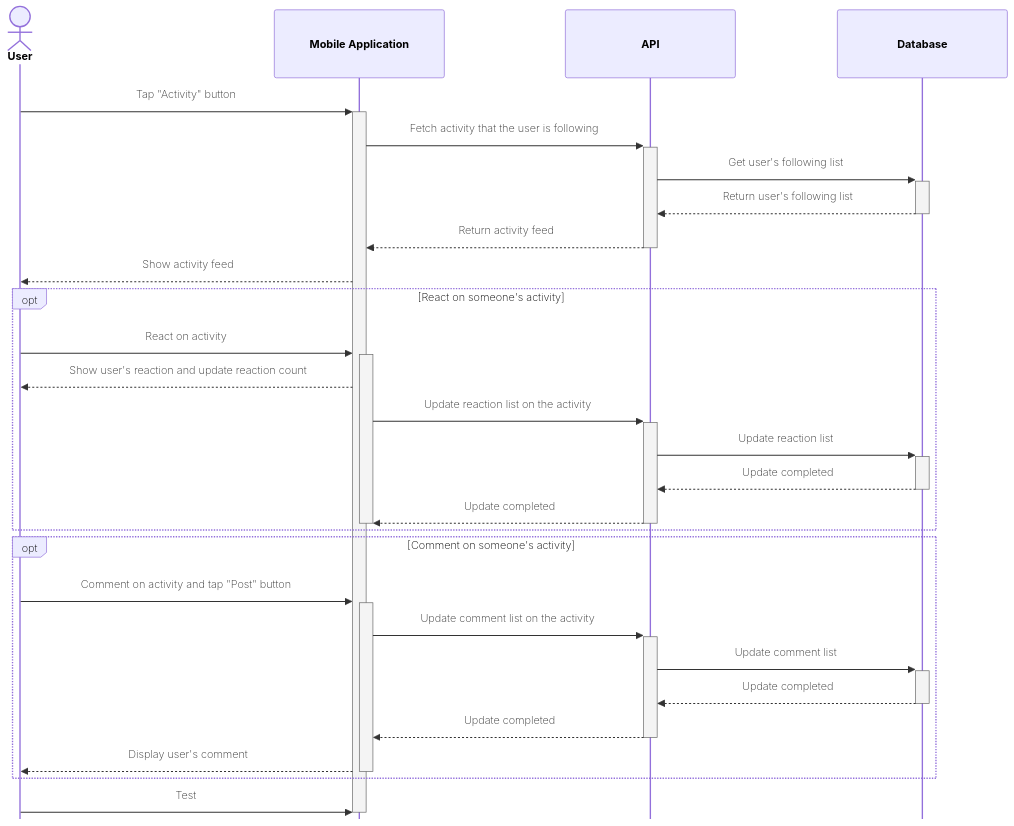
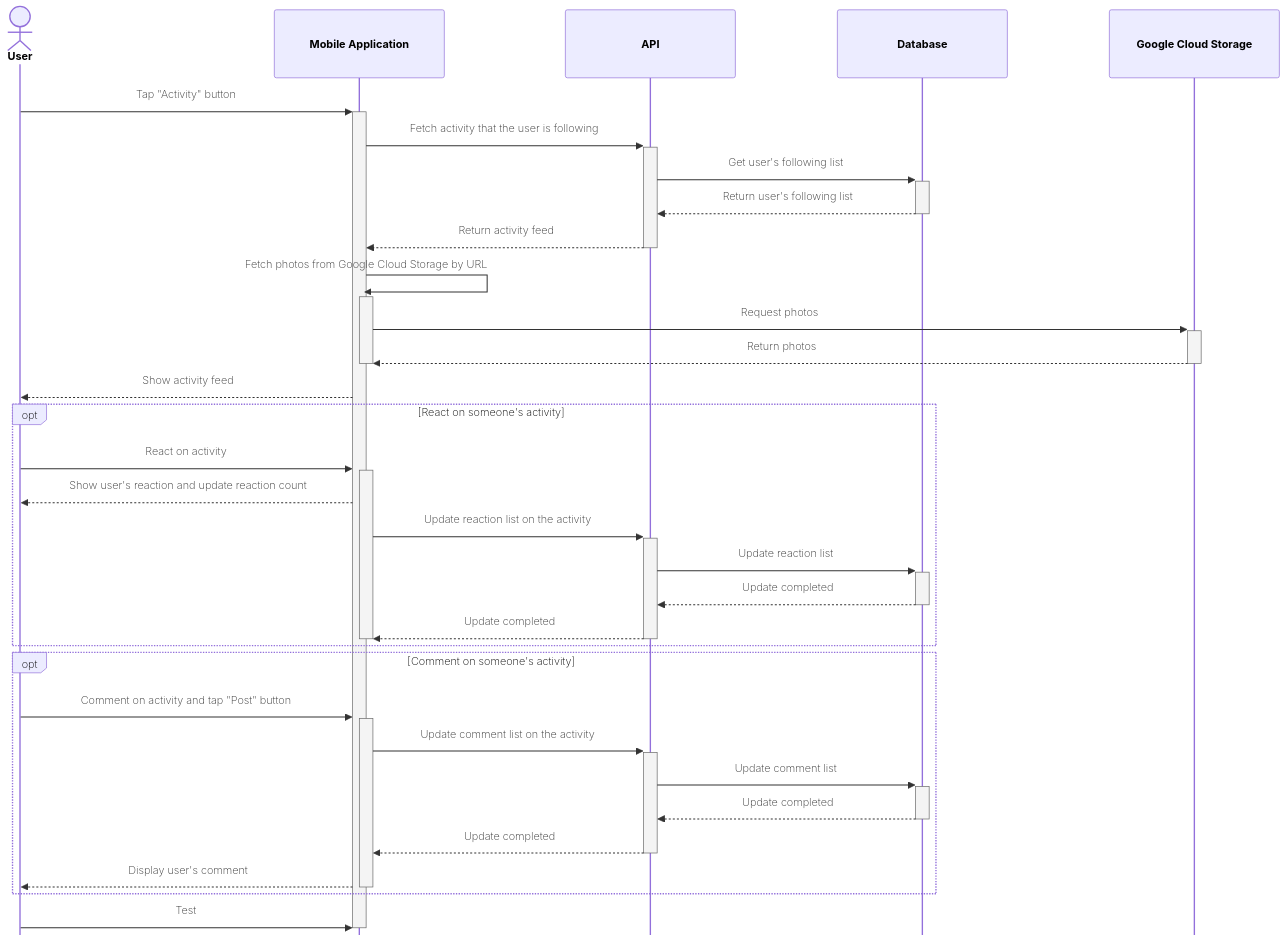
The diagram in diagrams/sequence/Activity.md (fitness-coaching-app/system-diagrams), drawn with Mermaid before and after one commit.

Commit message:
[FCA-89 Sequence] Add photo fetching in activity

````diff
--- a/diagrams/sequence/Activity.md
+++ b/diagrams/sequence/Activity.md
@@ -1,70 +1,76 @@
 ```mermaid
 %%{init: {
     "fontFamily": "Helvetica",
     "sequence": {
             "mirrorActors": false,
 
             "actorFontFamily": "Helvetica",
             "actorFontSize": 18,
             "actorFontWeight": "bold",
             "actorMargin": 150,
 
             "messageFontFamily": "Helvetica",
             "messageFontWeight": 200,
             "messageFontSize": 14,
             
             "activationWidth": 20,
             
             "width": 250,
             "height": 100,
 
             "rightAngles": true,
 
             "labelBoxWidth": 50,
             "labelBoxHeight": 30,
             "wrapPadding": 0
         }
     }
 }%%
 sequenceDiagram
     actor User
     participant App as Mobile Application
     participant API
     participant DB as Database
+    participant GCS as Google Cloud Storage
 
     User->>+App: Tap "Activity" button
     App->>+API: Fetch activity that the user is following
     API->>+DB: Get user's following list
     DB-->>-API: Return user's following list
 
     %% TODO: Think about activity feed compiliation algorithm
     
     API-->>-App: Return activity feed
+    App->>+App: Fetch photos from Google Cloud Storage by URL
+    App->>+GCS: Request photos
+    GCS-->>-App: Return photos
+    deactivate App
+    
     App-->>User: Show activity feed
 
     opt React on someone's activity
         User->>+App: React on activity
         App-->>User: Show user's reaction and update reaction count
         App->>+API: Update reaction list on the activity
         API->>+DB: Update reaction list
         DB-->>-API: Update completed
         API-->>-App: Update completed
         deactivate App
     end
 
     opt Comment on someone's activity
         User->>+App: Comment on activity and tap "Post" button
         App->>+API: Update comment list on the activity
         API->>+DB: Update comment list
         DB-->>-API: Update completed
         API-->>-App: Update completed
         App-->>User: Display user's comment
         deactivate App
     end
 
     User->>App: Test
 
     deactivate App
     
 
 ```
````
